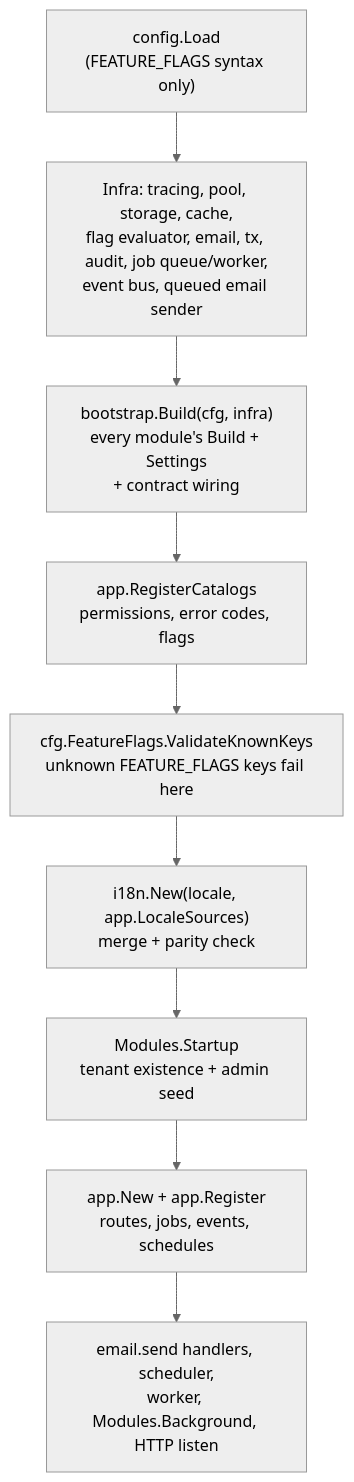
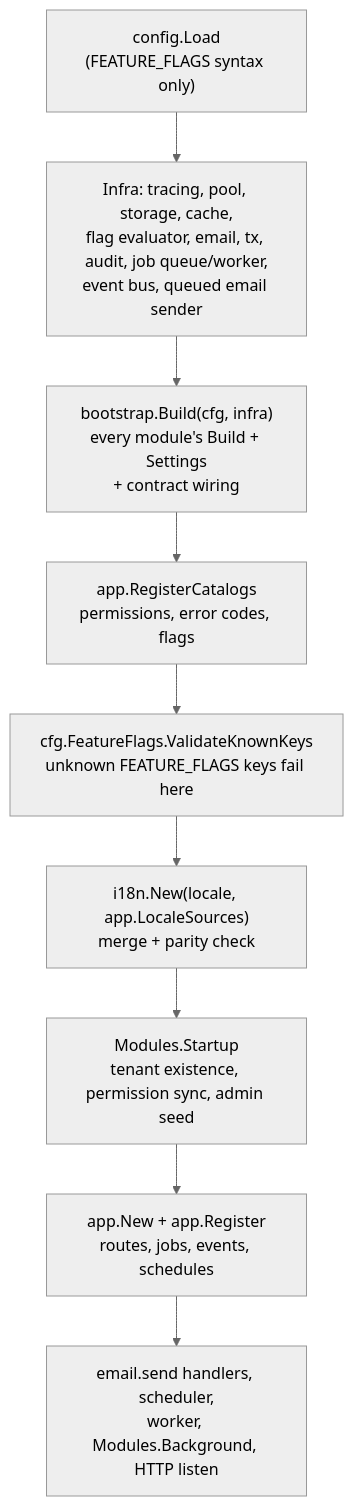
Before and after one commit to chuanghiduoc/fiber-golang-boilerplate: the sixth of 6 diagrams in docs/architecture.md, drawn with Mermaid (neutral theme). The commit also changed other lines of this file and 118 other files, not shown here.

````diff
--- a/docs/architecture.md
+++ b/docs/architecture.md
@@ -383,11 +386,11 @@
 ```mermaid
 flowchart TD
     cfg["config.Load<br/>(FEATURE_FLAGS syntax only)"] --> infra["Infra: tracing, pool, storage, cache,<br/>flag evaluator, email, tx, audit, job queue/worker,<br/>event bus, queued email sender"]
     infra --> build["bootstrap.Build(cfg, infra)<br/>every module's Build + Settings<br/>+ contract wiring"]
     build --> cat["app.RegisterCatalogs<br/>permissions, error codes, flags"]
     cat --> keys["cfg.FeatureFlags.ValidateKnownKeys<br/>unknown FEATURE_FLAGS keys fail here"]
     keys --> i18n["i18n.New(locale, app.LocaleSources)<br/>merge + parity check"]
-    i18n --> startup["Modules.Startup<br/>tenant existence + admin seed"]
+    i18n --> startup["Modules.Startup<br/>tenant existence, permission sync, admin seed"]
     startup --> appnew["app.New + app.Register<br/>routes, jobs, events, schedules"]
     appnew --> run["email.send handlers, scheduler,<br/>worker, Modules.Background, HTTP listen"]
 ```
````
